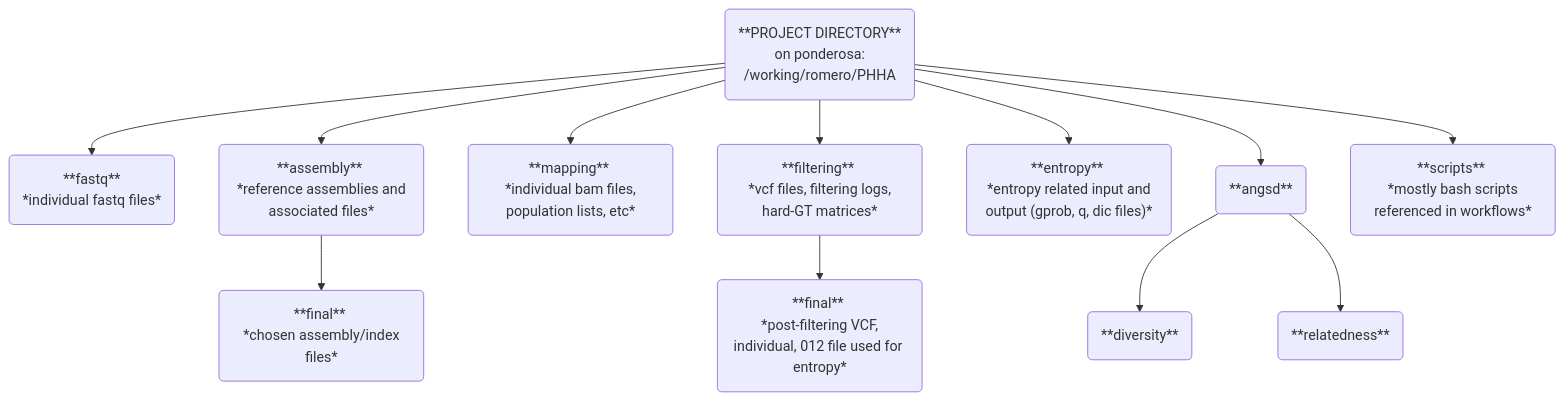
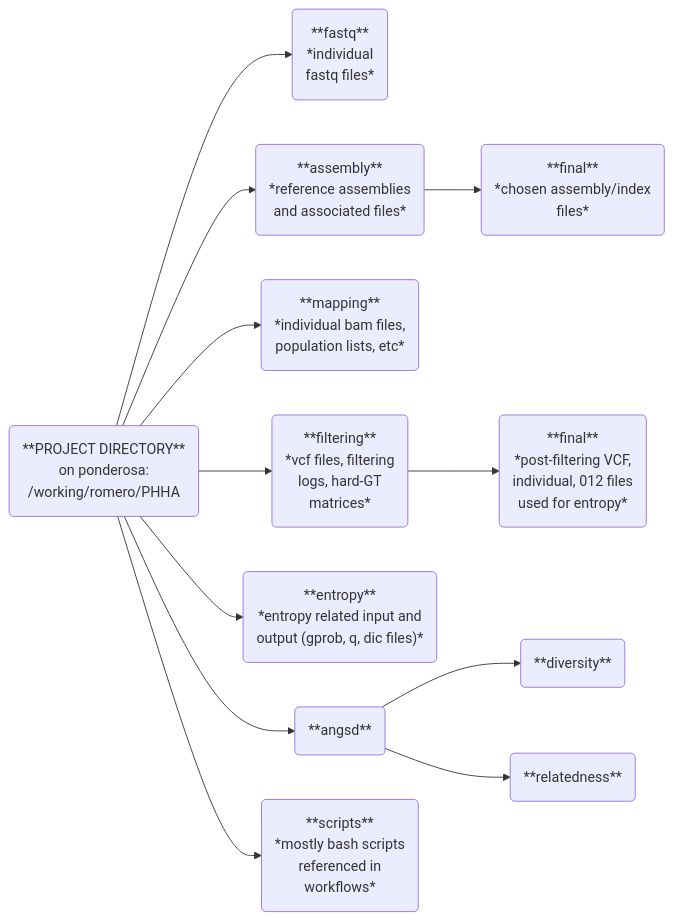
One commit to sethjromero/PHHA changed the diagram in README.md. Above: the diagram before and after it, drawn with Mermaid.

````diff
--- a/README.md
+++ b/README.md
@@ -9,15 +9,15 @@
 ```mermaid
-flowchart TD;
+flowchart LR;
     A(**PROJECT DIRECTORY** <br> on ponderosa: <br> /working/romero/PHHA)
-    A --> B(**fastq** <br> *individual fastq files*)
-    A --> C(**assembly** <br> *reference assemblies and associated files*)
-    A --> D(**mapping** <br> *individual bam files, population lists, etc*)
-    A --> E(**filtering** <br> *vcf files, filtering logs, hard-GT matrices*)
-    A --> F("**entropy** <br> *entropy related input and output (gprob, q, dic files)*")
-    C --> G(**final** <br> *chosen assembly/index files*)
+    A --> B(**fastq** <br> *individual<br>fastq files*)
+    A --> C(**assembly** <br> *reference assemblies<br>and associated files*)
+    A --> D(**mapping** <br> *individual bam files,<br>population lists, etc*)
+    A --> E(**filtering** <br> *vcf files, filtering<br>logs, hard-GT<br>matrices*)
+    A --> F("**entropy** <br> *entropy related input and<br>output (gprob, q, dic files)*")
+    C --> G(**final** <br> *chosen assembly/index<br>files*)
     A --> H(**angsd**)
-    E --> I(**final** <br> *post-filtering VCF, individual, 012 file used for entropy*)
-    A --> J(**scripts** <br> *mostly bash scripts referenced in workflows*)
+    E --> I(**final** <br> *post-filtering VCF,<br>individual, 012 files<br>used for entropy*)
+    A --> J(**scripts** <br> *mostly bash scripts<br>referenced in<br>workflows*)
     H --> K(**diversity**)
     H --> L(**relatedness**)
 ```
````
